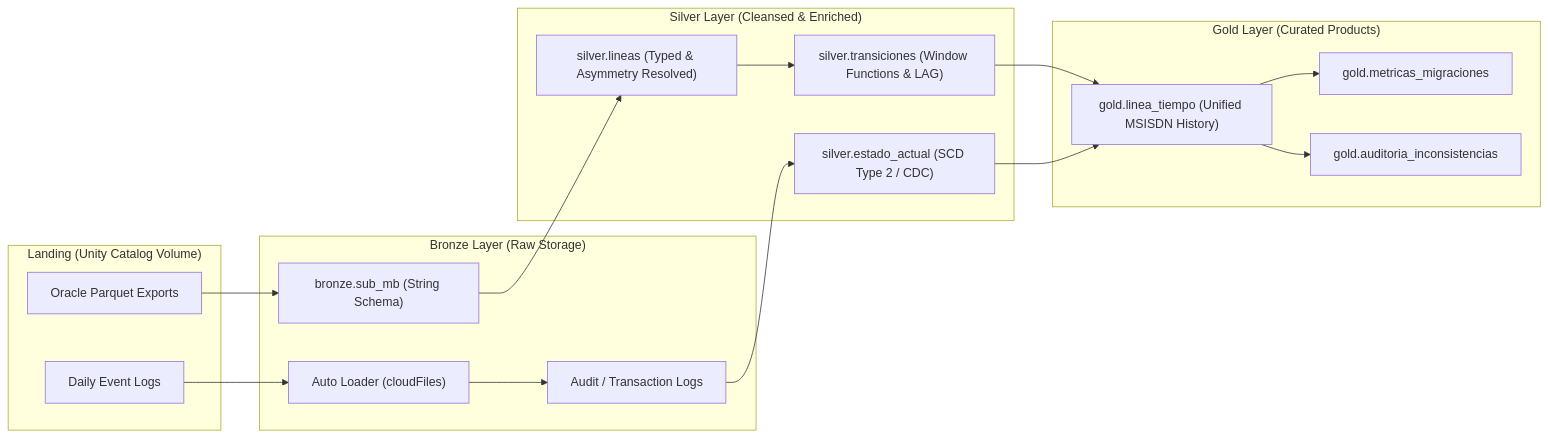
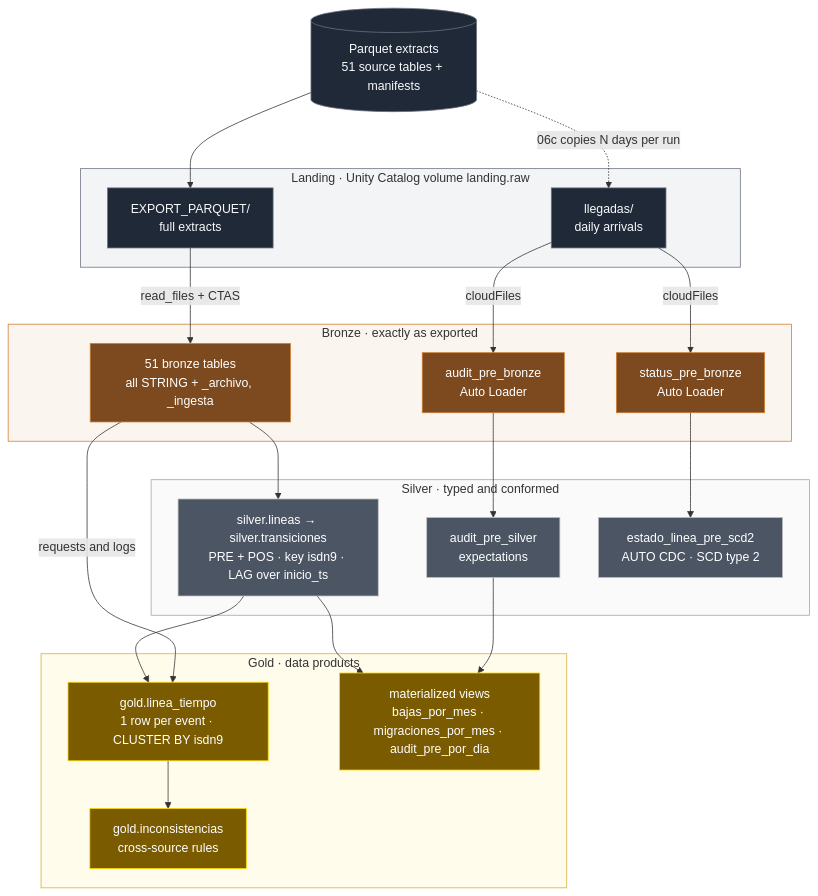
One commit to brando-rojas/telco-activations-lakehouse changed the second of 3 diagrams in README.md. Above: the diagram before and after it, drawn with Mermaid. The commit also changed other lines of this file and 1 other file, not shown here.

Commit message:
docs: implement definitive subscriber lifecycle lakehouse readme and visual timeline

````diff
--- a/README.md
+++ b/README.md
@@ -33,33 +111,54 @@
 ```mermaid
-flowchart LR
-    subgraph Landing ["Landing (Unity Catalog Volume)"]
-        Raw["Oracle Parquet Exports"]
-        Logs["Daily Event Logs"]
+flowchart TB
+    SRC[("Parquet extracts<br/>51 source tables + manifests")]
+
+    subgraph LND["Landing · Unity Catalog volume landing.raw"]
+        RAW["EXPORT_PARQUET/<br/>full extracts"]
+        ARR["llegadas/<br/>daily arrivals"]
     end
 
-    subgraph Bronze ["Bronze Layer (Raw Storage)"]
-        B1["bronze.sub_mb (String Schema)"]
-        B2["Auto Loader (cloudFiles)"]
-        B3["Audit / Transaction Logs"]
+    subgraph BRZ["Bronze · exactly as exported"]
+        B1["51 bronze tables<br/>all STRING + _archivo, _ingesta"]
+        B2["audit_pre_bronze<br/>Auto Loader"]
+        B3["status_pre_bronze<br/>Auto Loader"]
     end
 
-    subgraph Silver ["Silver Layer (Cleansed & Enriched)"]
-        S1["silver.lineas (Typed & Asymmetry Resolved)"]
-        S2["silver.transiciones (Window Functions & LAG)"]
-        S3["silver.estado_actual (SCD Type 2 / CDC)"]
+    subgraph SLV["Silver · typed and conformed"]
+        S1["silver.lineas → silver.transiciones<br/>PRE + POS · key isdn9 · LAG over inicio_ts"]
+        S3["audit_pre_silver<br/>expectations"]
+        S4["estado_linea_pre_scd2<br/>AUTO CDC · SCD type 2"]
     end
 
-    subgraph Gold ["Gold Layer (Curated Products)"]
-        G1["gold.linea_tiempo (Unified MSISDN History)"]
-        G2["gold.metricas_migraciones"]
-        G3["gold.auditoria_inconsistencias"]
+    subgraph GLD["Gold · data products"]
+        G1["gold.linea_tiempo<br/>1 row per event · CLUSTER BY isdn9"]
+        G3["materialized views<br/>bajas_por_mes · migraciones_por_mes · audit_pre_por_dia"]
+        G2["gold.inconsistencias<br/>cross-source rules"]
     end
 
-    Raw --> B1
-    Logs --> B2 --> B3
+    SRC --> RAW
+    SRC -. "06c copies N days per run" .-> ARR
+    RAW -- "read_files + CTAS" --> B1
+    ARR -- "cloudFiles" --> B2
+    ARR -- "cloudFiles" --> B3
     B1 --> S1
-    S1 --> S2 --> G1
-    B3 --> S3 --> G1
+    B2 --> S3
+    B3 --> S4
+    S1 --> G1
+    B1 -- "requests and logs" --> G1
+    S1 --> G3
+    S3 --> G3
     G1 --> G2
-    G1 --> G3
+
+    classDef src fill:#1F2937,stroke:#6B7280,color:#F9FAFB
+    classDef bronze fill:#7C4A1E,stroke:#CD7F32,color:#FFFFFF
+    classDef silver fill:#4B5563,stroke:#C0C0C0,color:#FFFFFF
+    classDef gold fill:#7A5B00,stroke:#FFD700,color:#FFFFFF
+    class SRC,RAW,ARR src
+    class B1,B2,B3 bronze
+    class S1,S3,S4 silver
+    class G1,G2,G3 gold
+    style LND fill:#6B728014,stroke:#6B7280
+    style BRZ fill:#CD7F3214,stroke:#CD7F32
+    style SLV fill:#C0C0C014,stroke:#9CA3AF
+    style GLD fill:#FFD70014,stroke:#D4AF37
 ```
````
